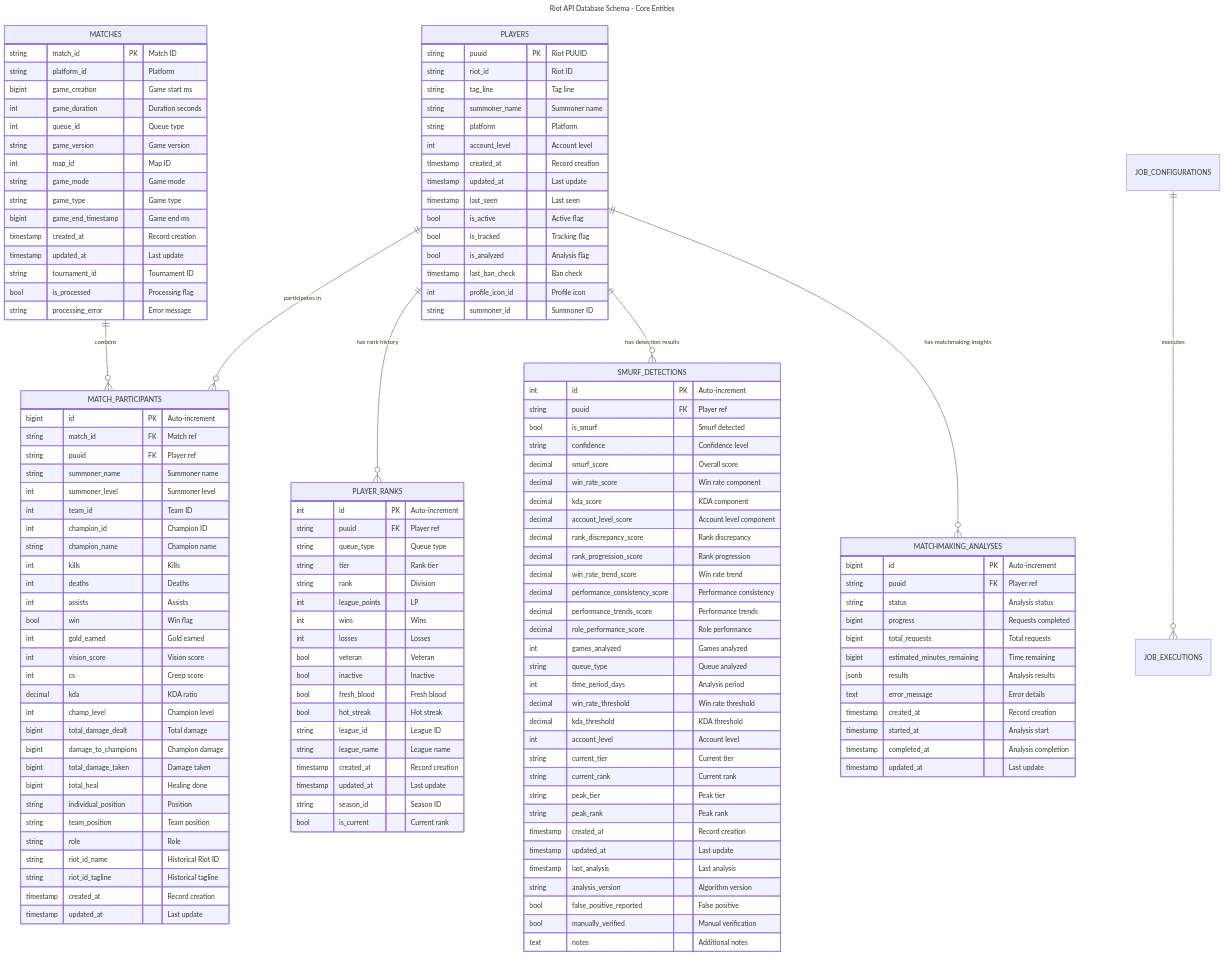
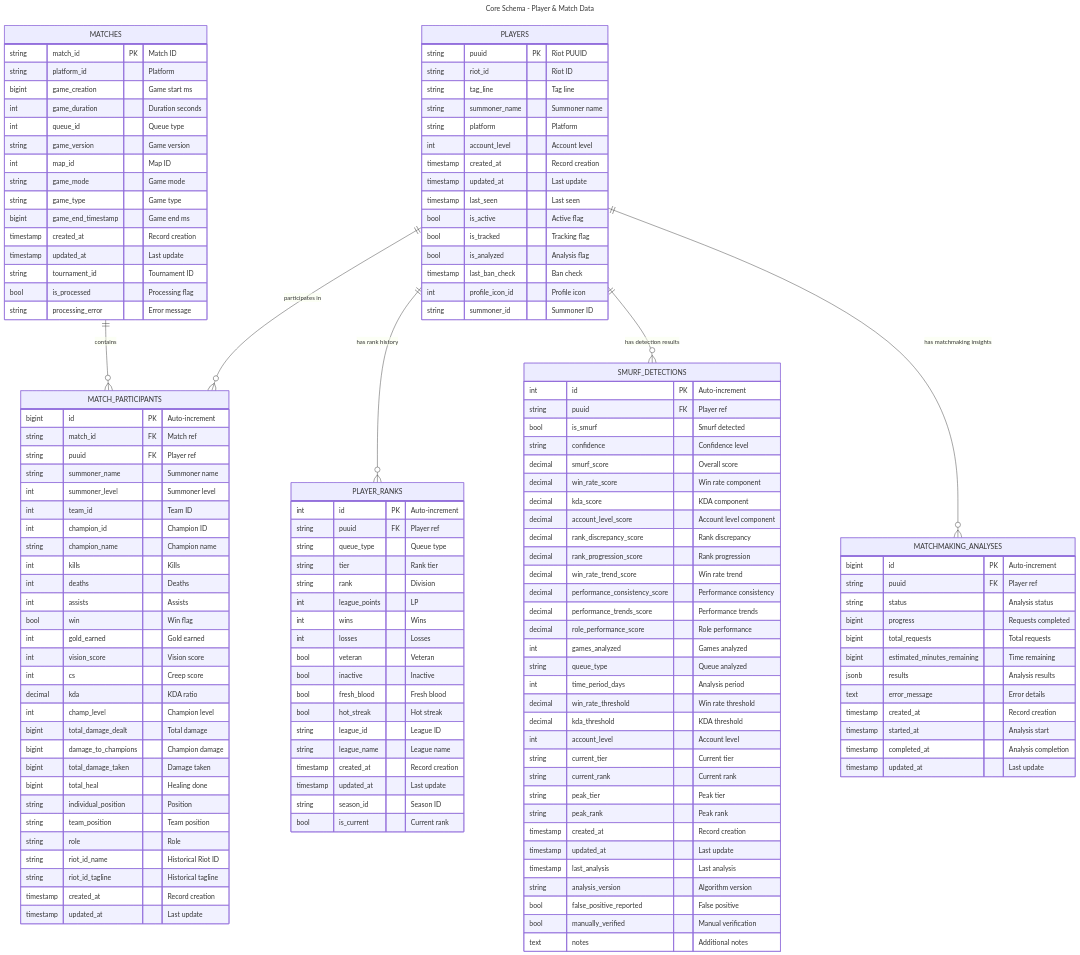
Before and after one commit to SlanyCukr/riot-api-project: the second of 3 diagrams in docs/database-schema.md, drawn with Mermaid. The commit also changed other lines of this file and 97 other files, not shown here.

Commit message:
Added user table and accounts, login page and functionality, changed DB schema.

````diff
--- a/docs/database-schema.md
+++ b/docs/database-schema.md
@@ -14,6 +37,6 @@
 ```mermaid
 ---
-title: Riot API Database Schema - Core Entities
+title: Core Schema - Player & Match Data
 ---
 erDiagram
     PLAYERS ||--o{ MATCH_PARTICIPANTS : "participates in"
@@ -21,7 +44,6 @@
     PLAYERS ||--o{ SMURF_DETECTIONS : "has detection results"
     PLAYERS ||--o{ MATCHMAKING_ANALYSES : "has matchmaking insights"
     MATCHES ||--o{ MATCH_PARTICIPANTS : "contains"
-    JOB_CONFIGURATIONS ||--o{ JOB_EXECUTIONS : "executes"
 
     PLAYERS {
         string puuid PK "Riot PUUID"
````
